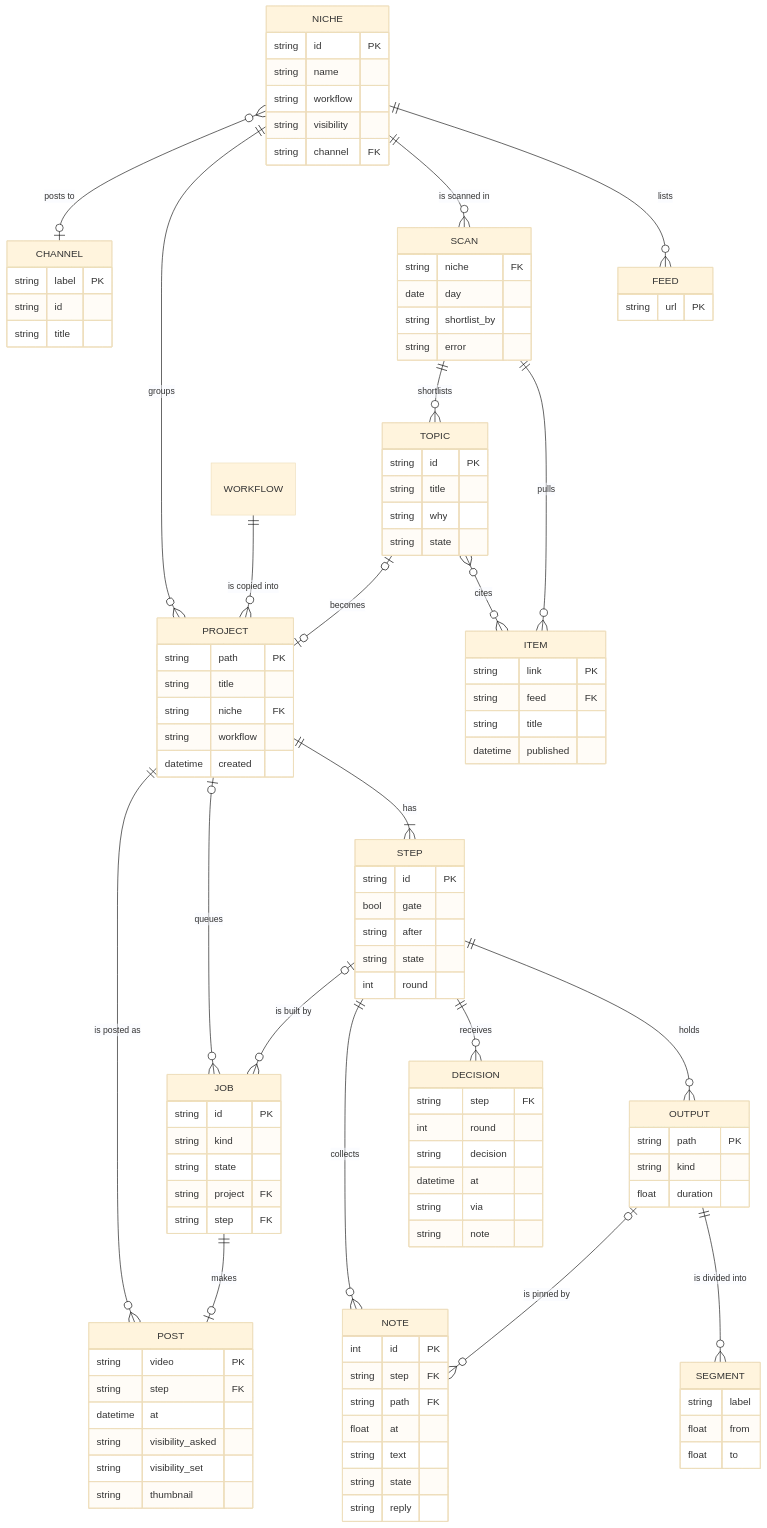
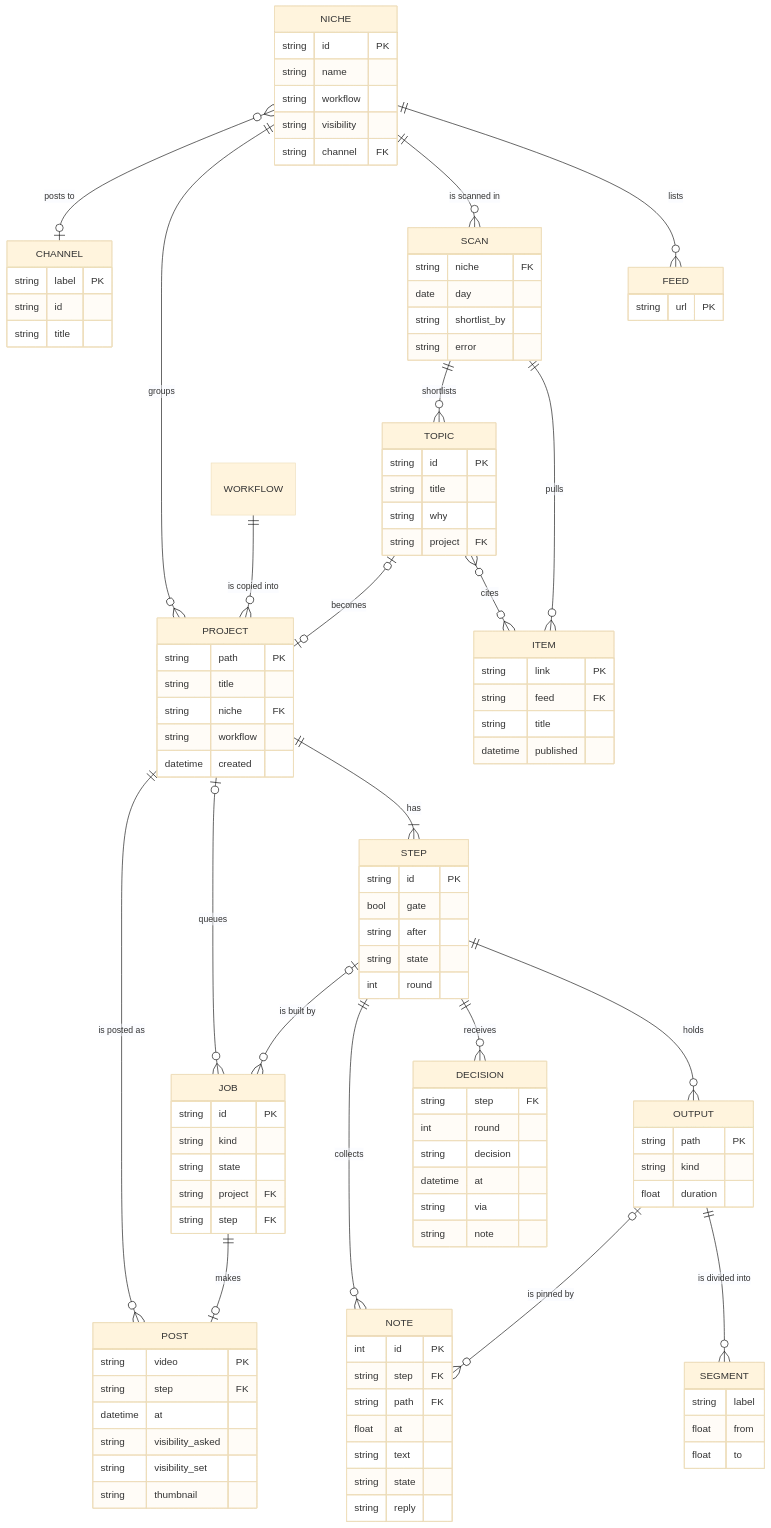
The first of 2 diagrams in docs/DESIGN.md (NirjharBhattacharjee/mockingbird-studio), drawn with Mermaid (base theme) before and after one commit. The commit also changed other lines of this file and 6 other files, not shown here.

```diff
--- a/docs/DESIGN.md
+++ b/docs/DESIGN.md
@@ -123,7 +123,7 @@
         string id PK
         string title
         string why
-        string state
+        string project FK
     }
     PROJECT {
         string path PK
```
